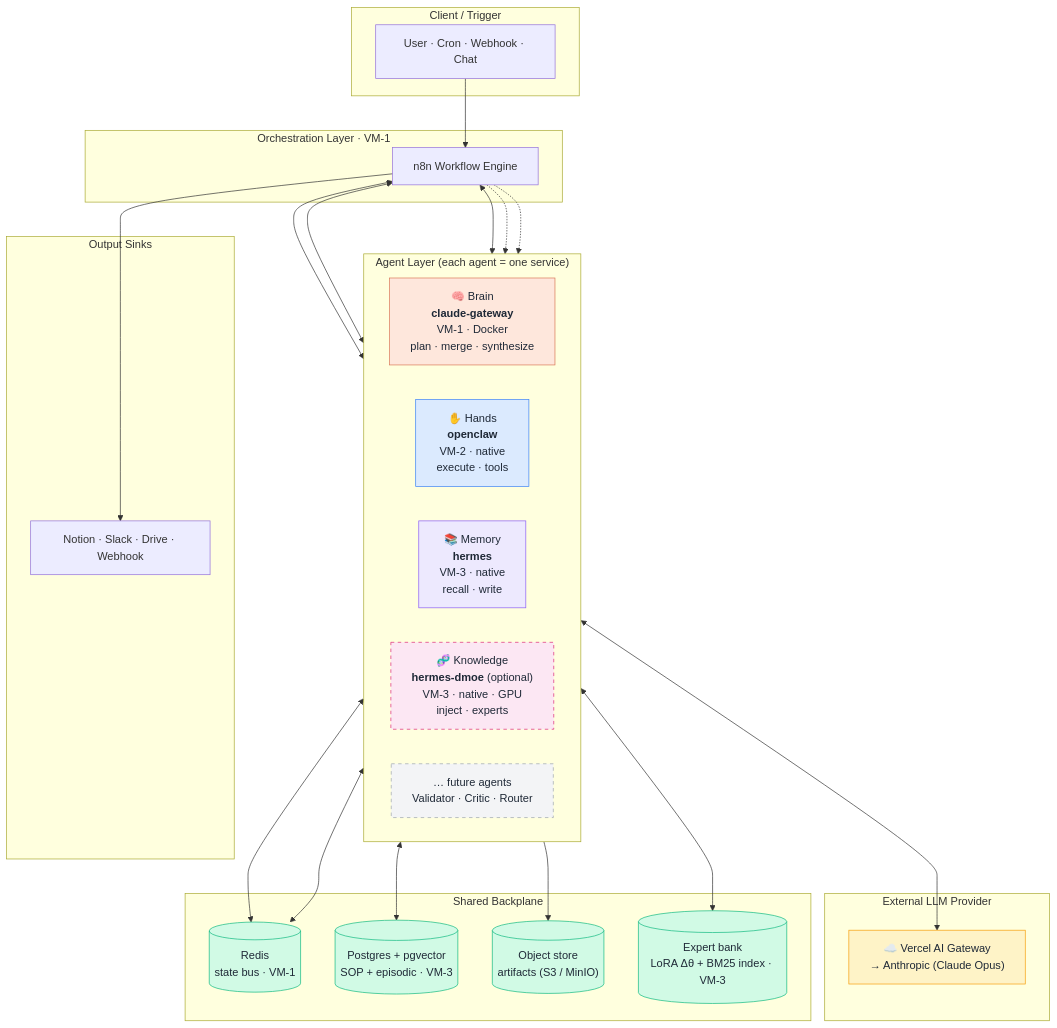
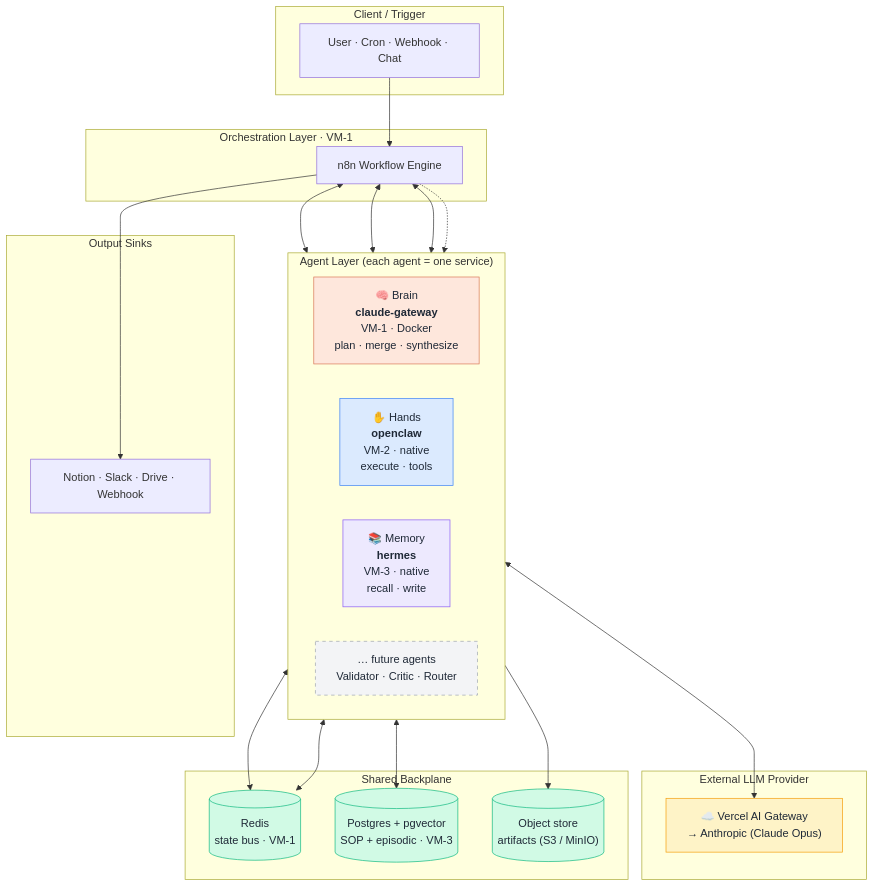
Before and after one commit to tonylnng/gateforge-loom: the first of 6 diagrams in README.md, drawn with Mermaid. The commit also changed other lines of this file and 5 other files, not shown here.

First line of the commit message:
Revert "Merge pull request #2 from tonylnng/docs/dmoe-knowledge-injection"

````diff
--- a/README.md
+++ b/README.md
@@ -121,63 +108,57 @@
 ```mermaid
 flowchart TB
     subgraph Client["Client / Trigger"]
         U["User · Cron · Webhook · Chat"]
     end
 
     subgraph Orchestration["Orchestration Layer · VM-1"]
         N["n8n Workflow Engine"]
     end
 
     subgraph Agents["Agent Layer (each agent = one service)"]
         direction LR
         B["🧠 Brain<br/><b>claude-gateway</b><br/>VM-1 · Docker<br/>plan · merge · synthesize"]
         H["✋ Hands<br/><b>openclaw</b><br/>VM-2 · native<br/>execute · tools"]
         M["📚 Memory<br/><b>hermes</b><br/>VM-3 · native<br/>recall · write"]
-        K["🧬 Knowledge<br/><b>hermes-dmoe</b> (optional)<br/>VM-3 · native · GPU<br/>inject · experts"]
         FA["… future agents<br/>Validator · Critic · Router"]
     end
 
     subgraph External["External LLM Provider"]
         V["☁️ Vercel AI Gateway<br/>→ Anthropic (Claude Opus)"]
     end
 
     subgraph Backplane["Shared Backplane"]
         R[("Redis<br/>state bus · VM-1")]
         P[("Postgres + pgvector<br/>SOP + episodic · VM-3")]
         S[("Object store<br/>artifacts (S3 / MinIO)")]
-        X[("Expert bank<br/>LoRA Δθ + BM25 index · VM-3")]
     end
 
     subgraph Sinks["Output Sinks"]
         O["Notion · Slack · Drive · Webhook"]
     end
 
     U --> N
     N <--> B
     N <--> H
     N <--> M
-    N -.-> K
     N -.-> FA
     B <--> V
     B <--> R
     H <--> R
     H --> S
     M <--> P
-    K <--> X
     N --> O
 
     classDef brain   fill:#FEE7DC,stroke:#D97757,color:#1F2937;
     classDef hands   fill:#DBEAFE,stroke:#3B82F6,color:#1F2937;
     classDef memory  fill:#EDE9FE,stroke:#8B5CF6,color:#1F2937;
-    classDef know    fill:#FCE7F3,stroke:#DB2777,color:#1F2937,stroke-dasharray: 5 5;
     classDef future  fill:#F3F4F6,stroke:#9CA3AF,color:#1F2937,stroke-dasharray: 5 5;
     classDef store   fill:#D1FAE5,stroke:#10B981,color:#1F2937;
     classDef ext     fill:#FEF3C7,stroke:#F59E0B,color:#1F2937;
     class B brain
     class H hands
     class M memory
-    class K know
     class FA future
-    class R,P,S,X store
+    class R,P,S store
     class V ext
 ```
````
